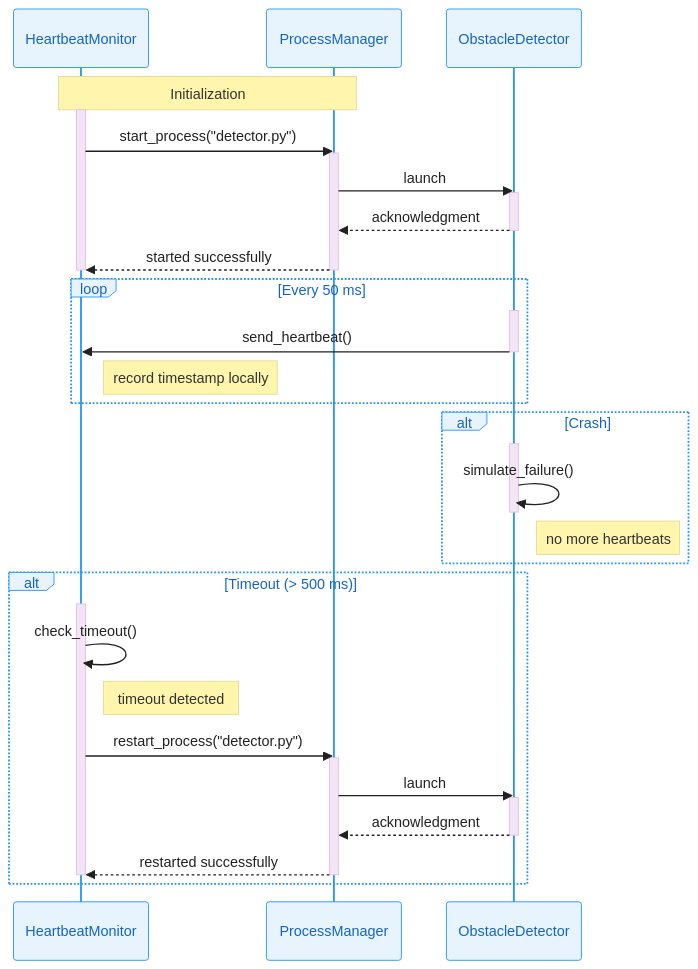
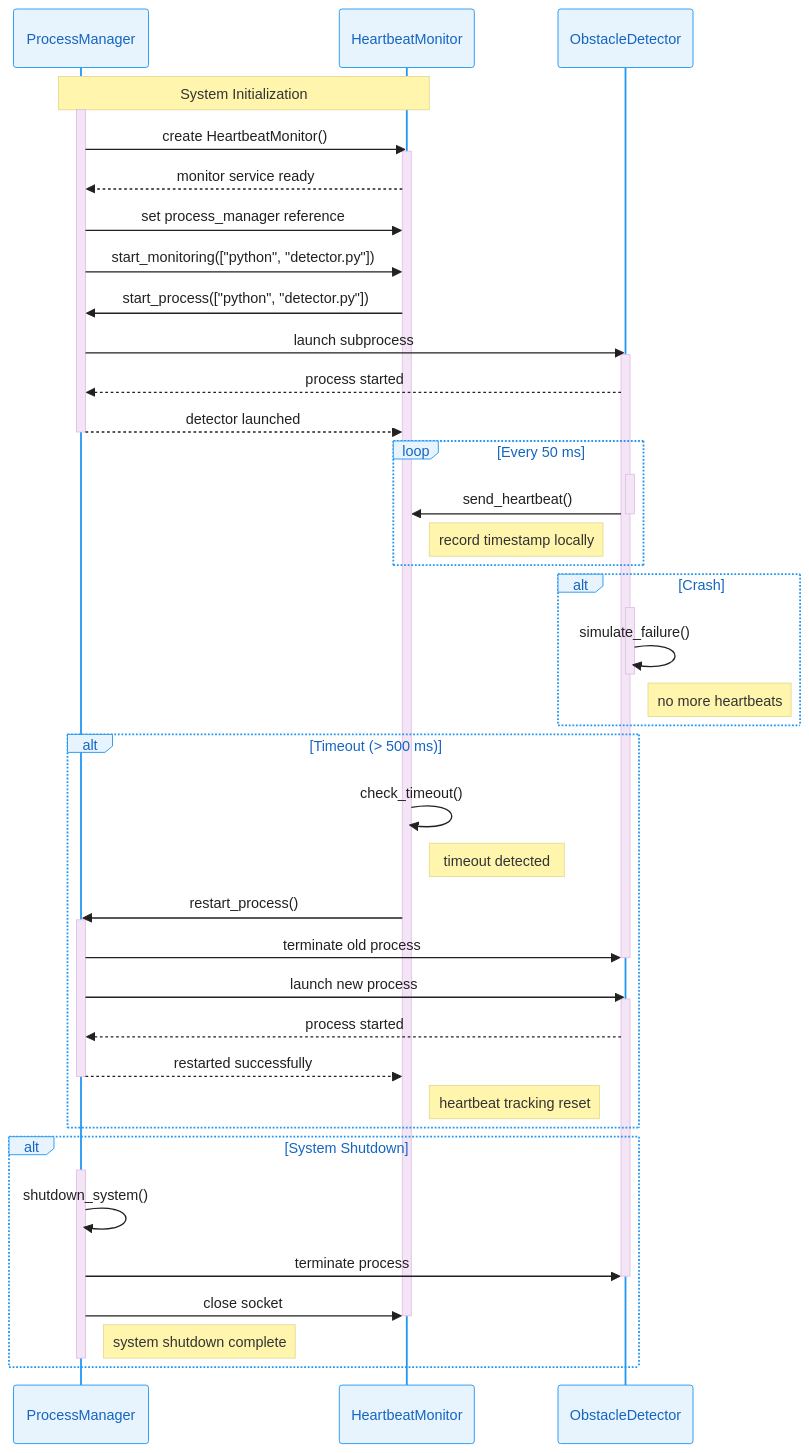
Before and after one commit to ajbarea/heartbeat-obstacle-detector: the second of 2 diagrams in docs/software_architecture.md, drawn with Mermaid.

Commit message:
forgot to add updated version of the sequence diagram to the md file

````diff
--- a/docs/software_architecture.md
+++ b/docs/software_architecture.md
@@ -96,48 +96,61 @@
 ```mermaid
 %%{init: {"theme": "base", "themeVariables": {"primaryColor": "#E8F4FD", "primaryBorderColor": "#2196F3", "primaryTextColor": "#1565C0", "secondaryColor": "#F3E5F5", "secondaryBorderColor": "#9C27B0", "secondaryTextColor": "#6A1B9A", "tertiaryColor": "#E8F5E8", "tertiaryBorderColor": "#4CAF50", "tertiaryTextColor": "#2E7D32", "lineColor": "#424242", "background": "#FAFAFA", "textColor": "#212121", "nodeTextColor": "#1565C0", "edgeLabelBackground": "#FFFFFF", "clusterBkg": "#F5F5F5", "clusterBorder": "#BDBDBD", "fillType0": "#E3F2FD", "fillType1": "#F3E5F5", "fillType2": "#E8F5E8", "fillType3": "#FFF3E0", "fillType4": "#FCE4EC", "fillType5": "#F1F8E9", "fillType6": "#E0F2F1", "fillType7": "#FFF8E1"}}}%%
 sequenceDiagram
+    participant P as ProcessManager
     participant M as HeartbeatMonitor
-    participant P as ProcessManager
     participant W as ObstacleDetector
 
-    Note over M,P: Initialization
+    Note over P,M: System Initialization
+    activate P
+    P->>M: create HeartbeatMonitor()
     activate M
-    M->>P: start_process("detector.py")
-    activate P
-    P->>W: launch
+    M-->>P: monitor service ready
+    P->>M: set process_manager reference
+    P->>M: start_monitoring(["python", "detector.py"])
+    M->>P: start_process(["python", "detector.py"])
+    P->>W: launch subprocess
     activate W
-    W-->>P: acknowledgment
-    deactivate W
-    P-->>M: started successfully
+    W-->>P: process started
+    P-->>M: detector launched
     deactivate P
-    deactivate M
 
     loop Every 50 ms
         activate W
         W->>M: send_heartbeat()
         deactivate W
         Note right of M: record timestamp locally
     end
 
     alt Crash
         activate W
         W->>W: simulate_failure()
         deactivate W
         Note right of W: no more heartbeats
     end
 
     alt Timeout (> 500 ms)
-        activate M
         M->>M: check_timeout()
         Note right of M: timeout detected
-        M->>P: restart_process("detector.py")
+        M->>P: restart_process()
         activate P
-        P->>W: launch
+        P->>W: terminate old process
+        deactivate W
+        P->>W: launch new process
         activate W
-        W-->>P: acknowledgment
-        deactivate W
+        W-->>P: process started
         P-->>M: restarted successfully
         deactivate P
+        Note right of M: heartbeat tracking reset
+    end
+
+    alt System Shutdown
+        activate P
+        P->>P: shutdown_system()
+        P->>W: terminate process
+        deactivate W
+        P->>M: close socket
         deactivate M
+        Note right of P: system shutdown complete
+        deactivate P
     end
 ```
````
